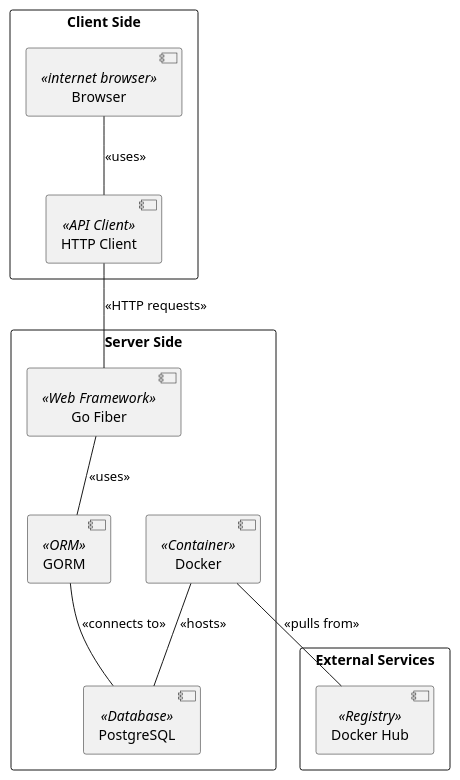
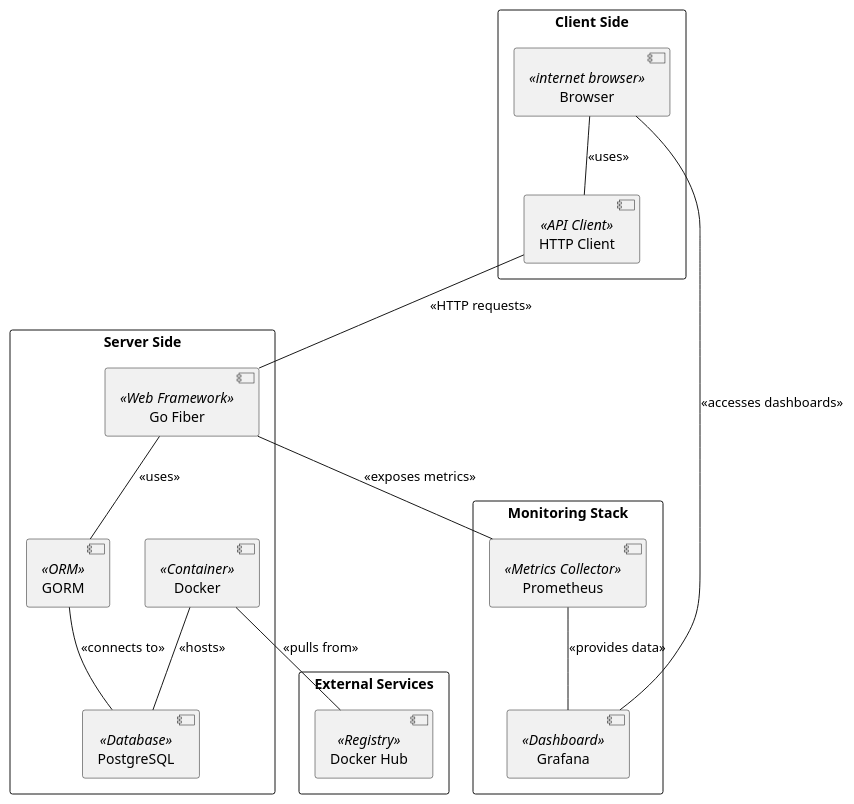
One commit to SunnyKentz/labo-4-log430 changed the diagram in docs/uml/component.puml. Above: the diagram before and after it, drawn with PlantUML. The commit also changed 7 other files, not shown here.

```diff
--- a/docs/uml/component.puml
+++ b/docs/uml/component.puml
@@ -1,32 +1,42 @@
 @startuml
 skinparam componentStyle uml2
 
 rectangle "Server Side" {
     component "PostgreSQL" <<Database>> as pg
     component "Docker" <<Container>> as docker
     component "Go Fiber" <<Web Framework>> as fiber
     component "GORM" <<ORM>> as orm
 }
 
 rectangle "Client Side" {
     component "Browser" << internet browser >> as bs
     component "HTTP Client" <<API Client>> as http
 }
 
 rectangle "External Services" {
     component "Docker Hub" <<Registry>> as hub
 }
 
+rectangle "Monitoring Stack" {
+    component "Prometheus" <<Metrics Collector>> as prometheus
+    component "Grafana" <<Dashboard>> as grafana
+}
+
 ' Server side connections
 [docker] -- [pg] : <<hosts>>
 [fiber] -- [orm] : <<uses>>
 [orm] -- [pg] : <<connects to>>
 
 ' Client side connections
 [bs] -- [http] : <<uses>>
 [http] -- [fiber] : <<HTTP requests>>
 
 ' External connections
 [docker] -- [hub] : <<pulls from>>
 
+' Monitoring connections
+[fiber] -- [prometheus] : <<exposes metrics>>
+[prometheus] -- [grafana] : <<provides data>>
+[bs] -- [grafana] : <<accesses dashboards>>
+
 @enduml
```
